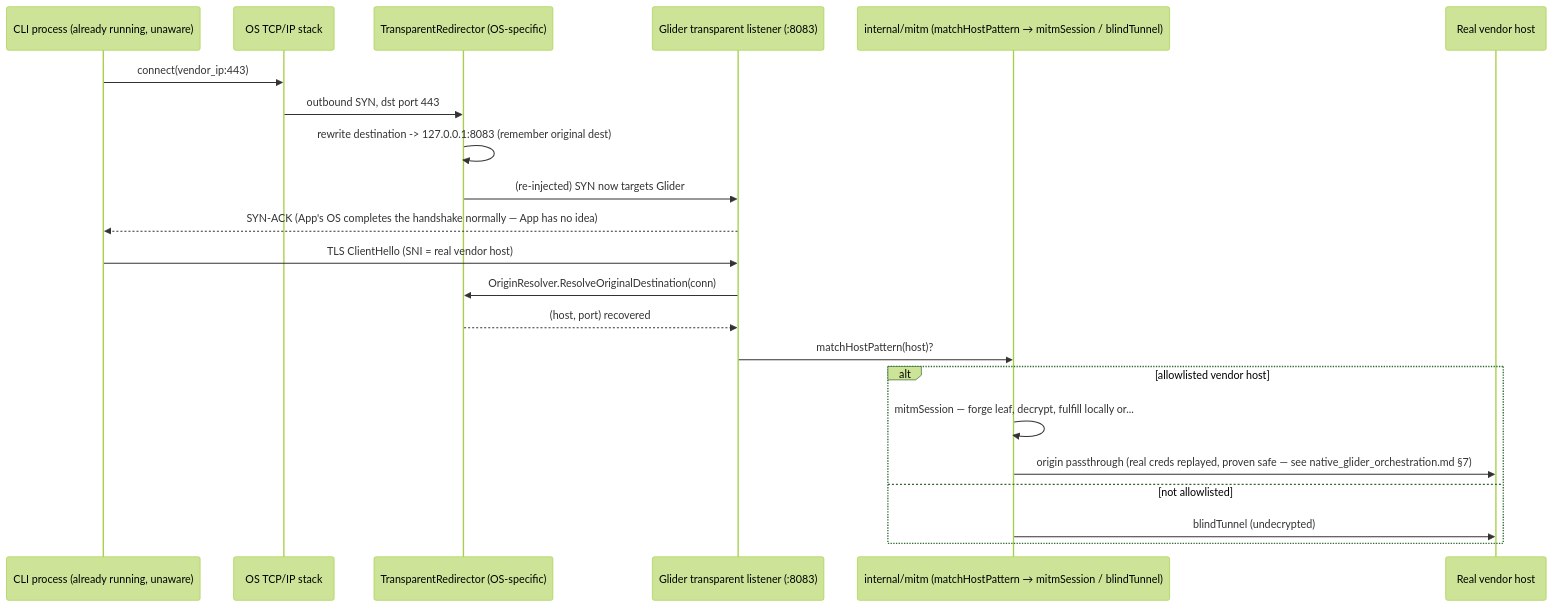
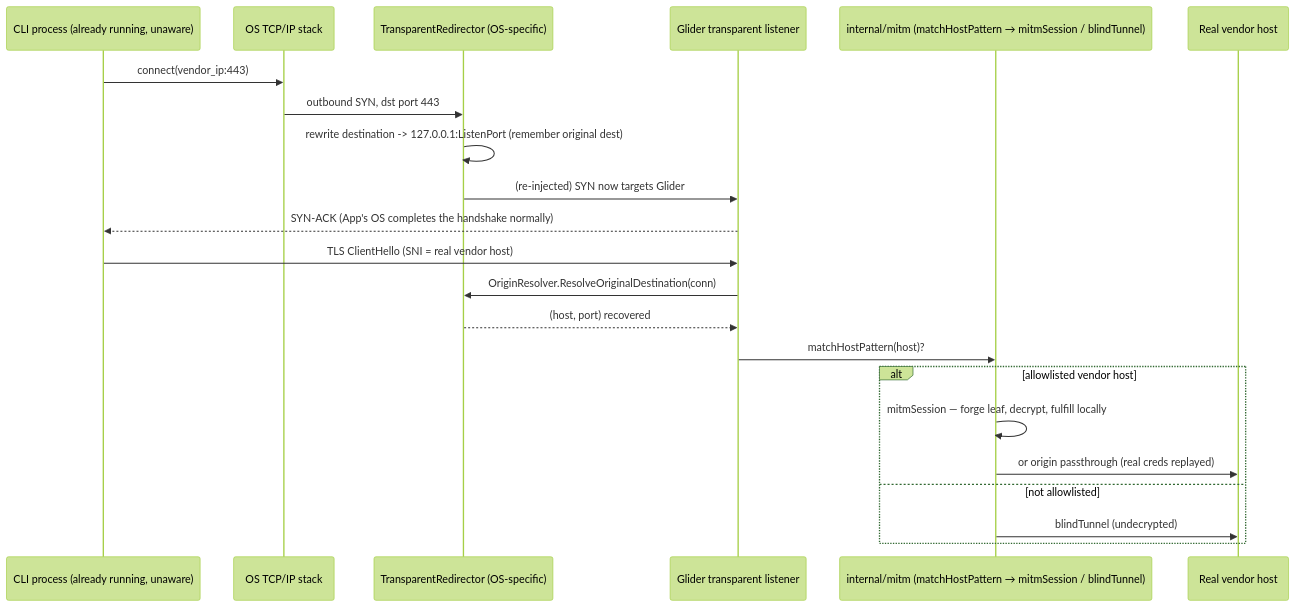
The diagram in planning/transparent_redirector_design.md (singhutsav5502/Glider), drawn with Mermaid (forest theme) before and after one commit. The commit also changed other lines of this file and 71 other files, not shown here.

````diff
--- a/planning/transparent_redirector_design.md
+++ b/planning/transparent_redirector_design.md
@@ -97,25 +55,25 @@
 ```mermaid
 sequenceDiagram
     participant App as CLI process (already running, unaware)
     participant OS as OS TCP/IP stack
     participant Redir as TransparentRedirector (OS-specific)
-    participant Glider as Glider transparent listener (:8083)
+    participant Glider as Glider transparent listener
     participant Engine as internal/mitm (matchHostPattern → mitmSession / blindTunnel)
     participant Origin as Real vendor host
 
     App->>OS: connect(vendor_ip:443)
     OS->>Redir: outbound SYN, dst port 443
-    Redir->>Redir: rewrite destination -> 127.0.0.1:8083 (remember original dest)
+    Redir->>Redir: rewrite destination -> 127.0.0.1:ListenPort (remember original dest)
     Redir->>Glider: (re-injected) SYN now targets Glider
-    Glider-->>App: SYN-ACK (App's OS completes the handshake normally — App has no idea)
+    Glider-->>App: SYN-ACK (App's OS completes the handshake normally)
     App->>Glider: TLS ClientHello (SNI = real vendor host)
     Glider->>Redir: OriginResolver.ResolveOriginalDestination(conn)
     Redir-->>Glider: (host, port) recovered
     Glider->>Engine: matchHostPattern(host)?
     alt allowlisted vendor host
-        Engine->>Engine: mitmSession — forge leaf, decrypt, fulfill locally or...
-        Engine->>Origin: origin passthrough (real creds replayed, proven safe — see native_glider_orchestration.md §7)
+        Engine->>Engine: mitmSession — forge leaf, decrypt, fulfill locally
+        Engine->>Origin: or origin passthrough (real creds replayed)
     else not allowlisted
         Engine->>Origin: blindTunnel (undecrypted)
     end
 ```
````
